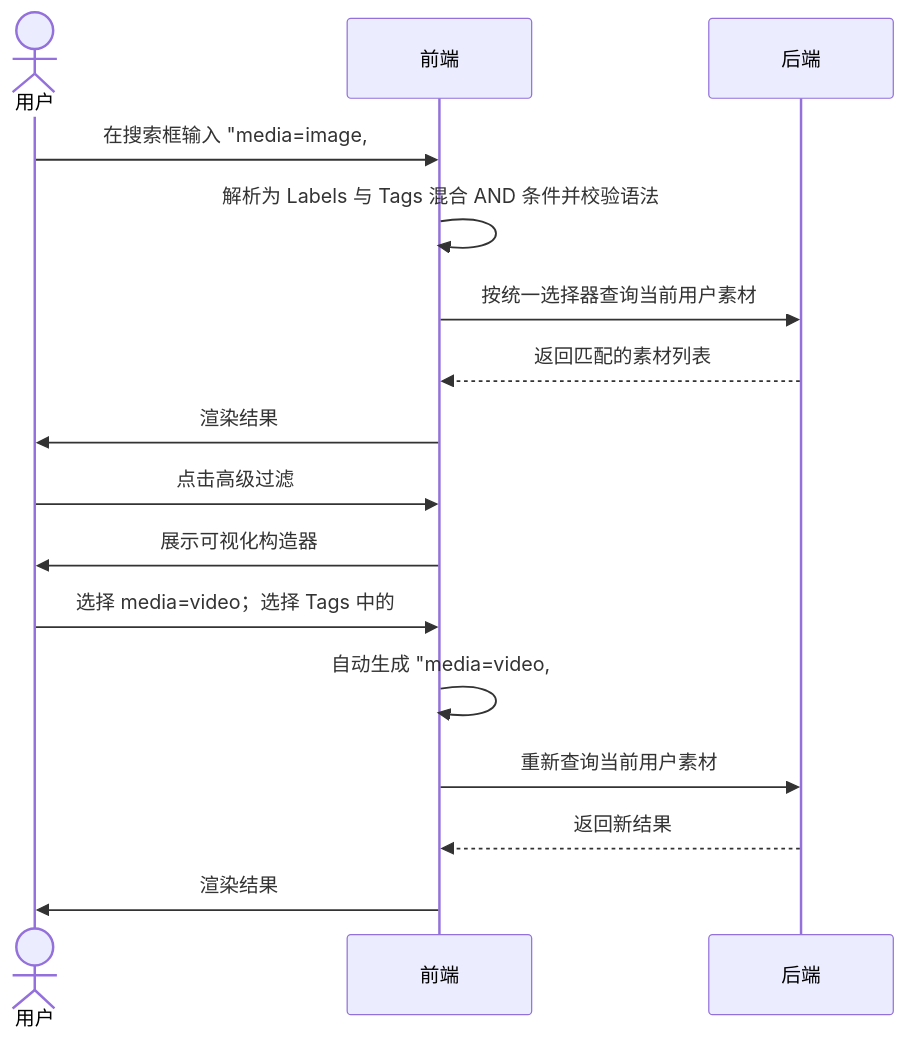
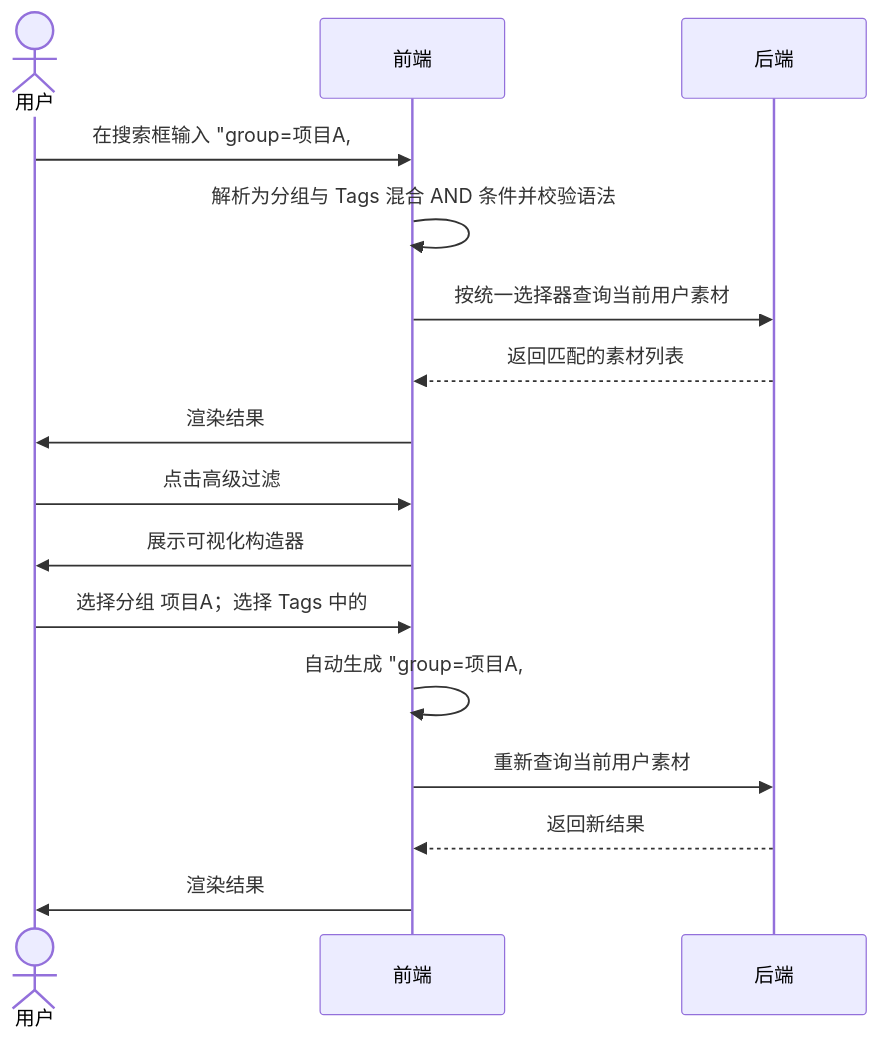
The sixth of 9 diagrams in 00_product/domains/asset-library/product-spec.md (wangweihong/omnimam-spec), drawn with Mermaid before and after one commit. The commit also changed other lines of this file and 6 other files, not shown here.

````diff
--- a/00_product/domains/asset-library/product-spec.md
+++ b/00_product/domains/asset-library/product-spec.md
@@ -472,20 +599,20 @@
 ```mermaid
 sequenceDiagram
     actor U as 用户
     participant UI as 前端
     participant BE as 后端
 
-    U->>UI: 在搜索框输入 "media=image, #人物, #-汽车"
-    UI->>UI: 解析为 Labels 与 Tags 混合 AND 条件并校验语法
+    U->>UI: 在搜索框输入 "group=项目A, #人物"
+    UI->>UI: 解析为分组与 Tags 混合 AND 条件并校验语法
     UI->>BE: 按统一选择器查询当前用户素材
     BE-->>UI: 返回匹配的素材列表
     UI->>U: 渲染结果
 
     U->>UI: 点击高级过滤
     UI->>U: 展示可视化构造器
-    U->>UI: 选择 media=video；选择 Tags 中的 #人物
-    UI->>UI: 自动生成 "media=video, #人物"
+    U->>UI: 选择分组 项目A；选择 Tags 中的 #人物
+    UI->>UI: 自动生成 "group=项目A, #人物"
     UI->>BE: 重新查询当前用户素材
     BE-->>UI: 返回新结果
     UI->>U: 渲染结果
 ```
````
